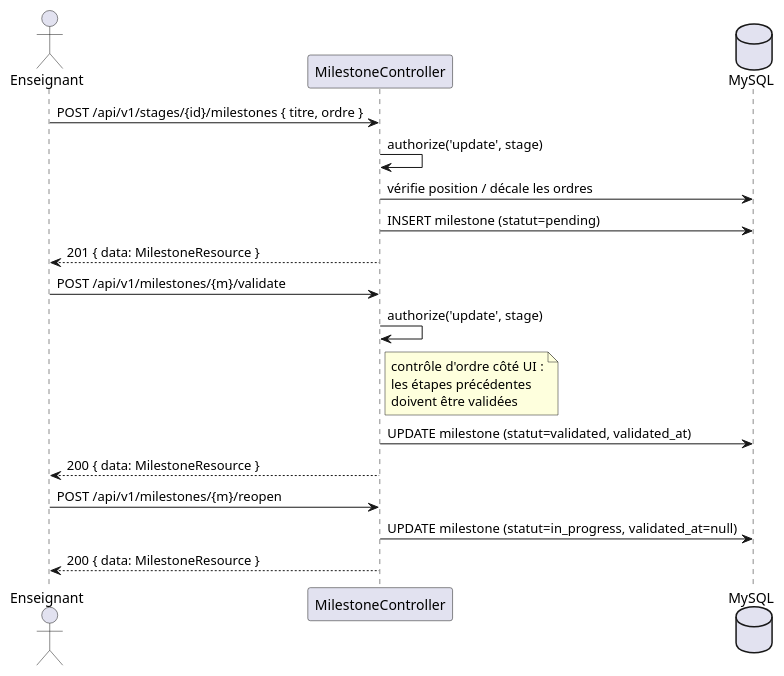
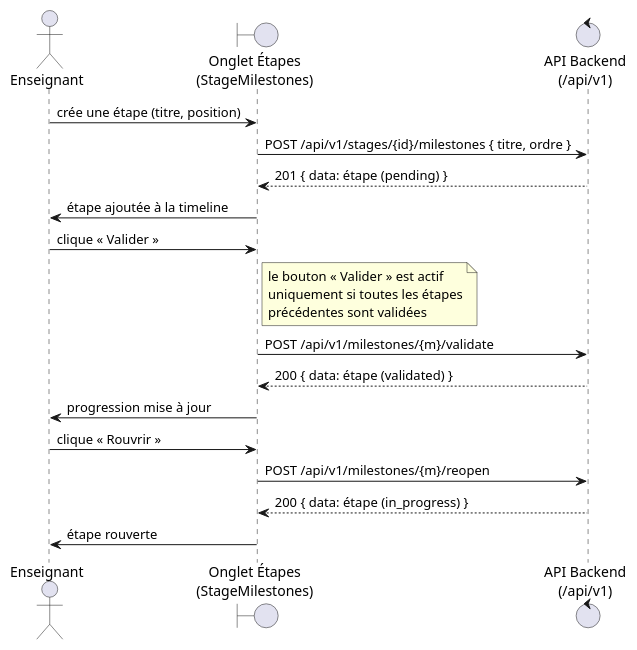
Before and after one commit to CyberCodeCracker/pfa: the fifth of 5 diagrams in SPRINT_2_Gestion_de_Stage.md, drawn with PlantUML. The commit also changed other lines of this file and 8 other files, not shown here.

````diff
--- a/SPRINT_2_Gestion_de_Stage.md
+++ b/SPRINT_2_Gestion_de_Stage.md
@@ -327,23 +315,23 @@
 ```plantuml
 @startuml SEQ_Sprint2_Milestone
 actor Enseignant as Ens
-participant "MilestoneController" as Ctrl
-database "MySQL" as DB
+boundary "Onglet Étapes\n(StageMilestones)" as Steps
+control "API Backend\n(/api/v1)" as API
 
-Ens -> Ctrl : POST /api/v1/stages/{id}/milestones { titre, ordre }
-Ctrl -> Ctrl : authorize('update', stage)
-Ctrl -> DB : vérifie position / décale les ordres
-Ctrl -> DB : INSERT milestone (statut=pending)
-Ctrl --> Ens : 201 { data: MilestoneResource }
+Ens -> Steps : crée une étape (titre, position)
+Steps -> API : POST /api/v1/stages/{id}/milestones { titre, ordre }
+API --> Steps : 201 { data: étape (pending) }
+Steps -> Ens : étape ajoutée à la timeline
 
-Ens -> Ctrl : POST /api/v1/milestones/{m}/validate
-Ctrl -> Ctrl : authorize('update', stage)
-note right of Ctrl : contrôle d'ordre côté UI :\nles étapes précédentes\ndoivent être validées
-Ctrl -> DB : UPDATE milestone (statut=validated, validated_at)
-Ctrl --> Ens : 200 { data: MilestoneResource }
+Ens -> Steps : clique « Valider »
+note right of Steps : le bouton « Valider » est actif\nuniquement si toutes les étapes\nprécédentes sont validées
+Steps -> API : POST /api/v1/milestones/{m}/validate
+API --> Steps : 200 { data: étape (validated) }
+Steps -> Ens : progression mise à jour
 
-Ens -> Ctrl : POST /api/v1/milestones/{m}/reopen
-Ctrl -> DB : UPDATE milestone (statut=in_progress, validated_at=null)
-Ctrl --> Ens : 200 { data: MilestoneResource }
+Ens -> Steps : clique « Rouvrir »
+Steps -> API : POST /api/v1/milestones/{m}/reopen
+API --> Steps : 200 { data: étape (in_progress) }
+Steps -> Ens : étape rouverte
 @enduml
 ```
````
